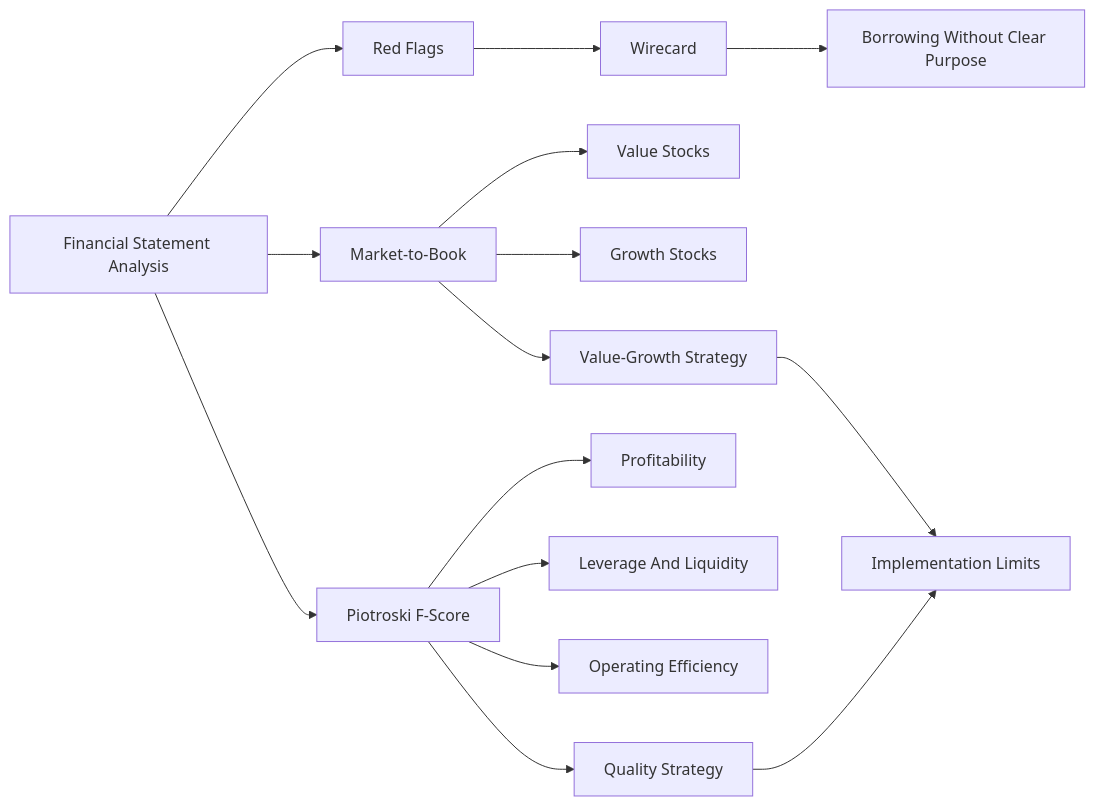
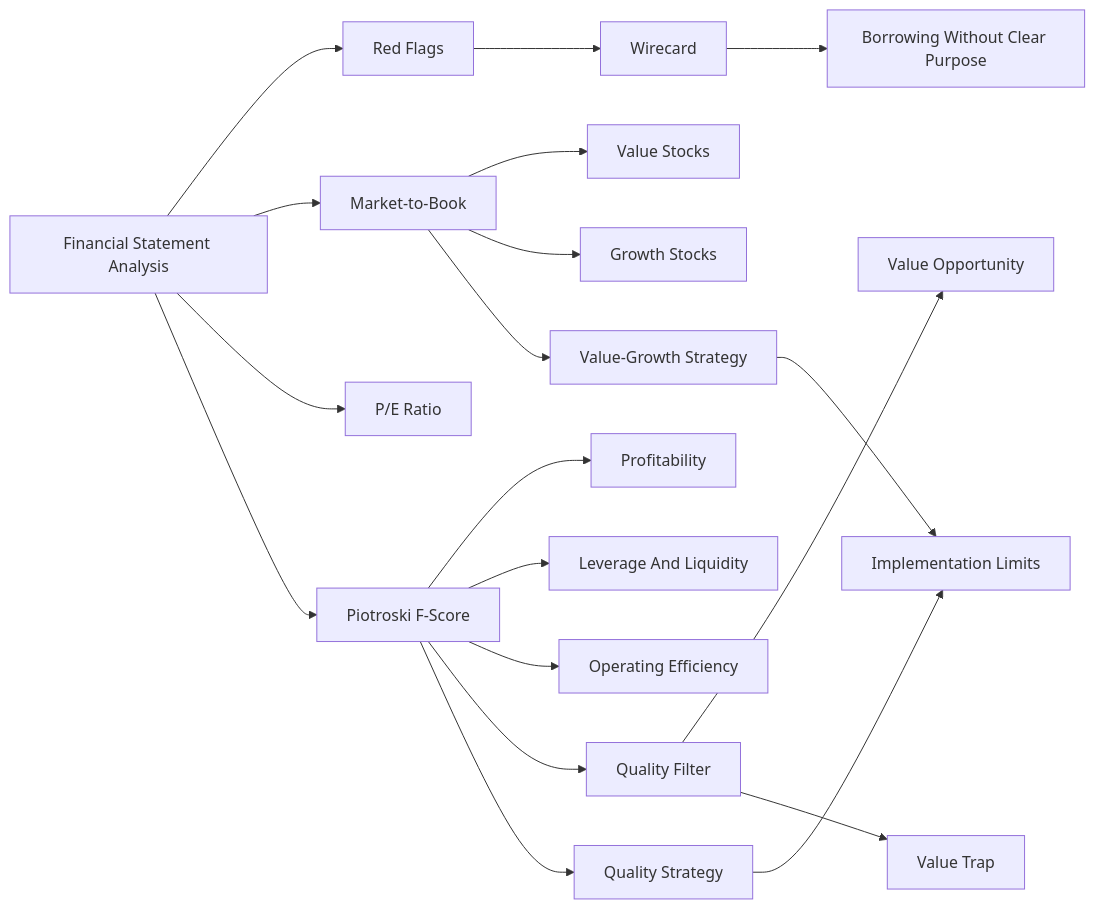
One commit to aerkn1/TUM-semester-2 changed the diagram in finance-and-investment-management/wiki/session-01-02-excursus-fundamental-analysis-german-stock-market/session-01-02-excursus-fundamental-analysis-german-stock-market.md. Above: the diagram before and after it, drawn with Mermaid. The commit also changed other lines of this file and 23 other files, not shown here.

````diff
--- a/finance-and-investment-management/wiki/session-01-02-excursus-fundamental-analysis-german-stock-market/session-01-02-excursus-fundamental-analysis-german-stock-market.md
+++ b/finance-and-investment-management/wiki/session-01-02-excursus-fundamental-analysis-german-stock-market/session-01-02-excursus-fundamental-analysis-german-stock-market.md
@@ -99,17 +130,21 @@
 ```mermaid
 graph LR
     FSA[Financial Statement Analysis] --> RED[Red Flags]
     RED --> WIRE[Wirecard]
     WIRE --> BORROW[Borrowing Without Clear Purpose]
     FSA --> MB[Market-to-Book]
+    FSA --> PE[P/E Ratio]
     MB --> VALUE[Value Stocks]
     MB --> GROWTH[Growth Stocks]
     FSA --> FSCORE[Piotroski F-Score]
     FSCORE --> PROF[Profitability]
     FSCORE --> LIQ[Leverage And Liquidity]
     FSCORE --> EFF[Operating Efficiency]
+    FSCORE --> FILTER[Quality Filter]
+    FILTER --> OPPORTUNITY[Value Opportunity]
+    FILTER --> TRAP[Value Trap]
     MB --> STRAT1[Value-Growth Strategy]
     FSCORE --> STRAT2[Quality Strategy]
     STRAT1 --> LIMIT[Implementation Limits]
     STRAT2 --> LIMIT
 ```
````
